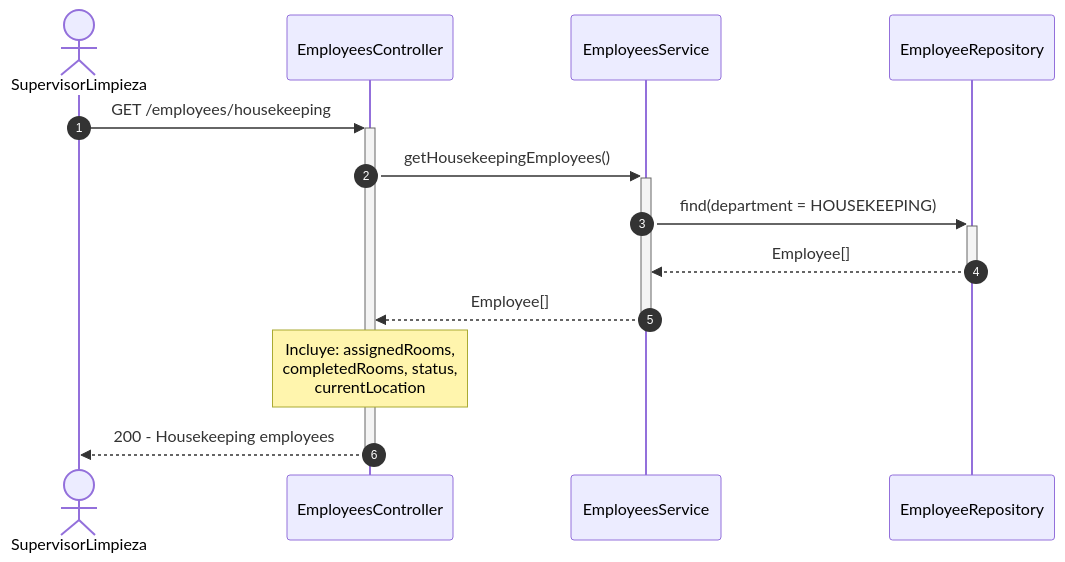
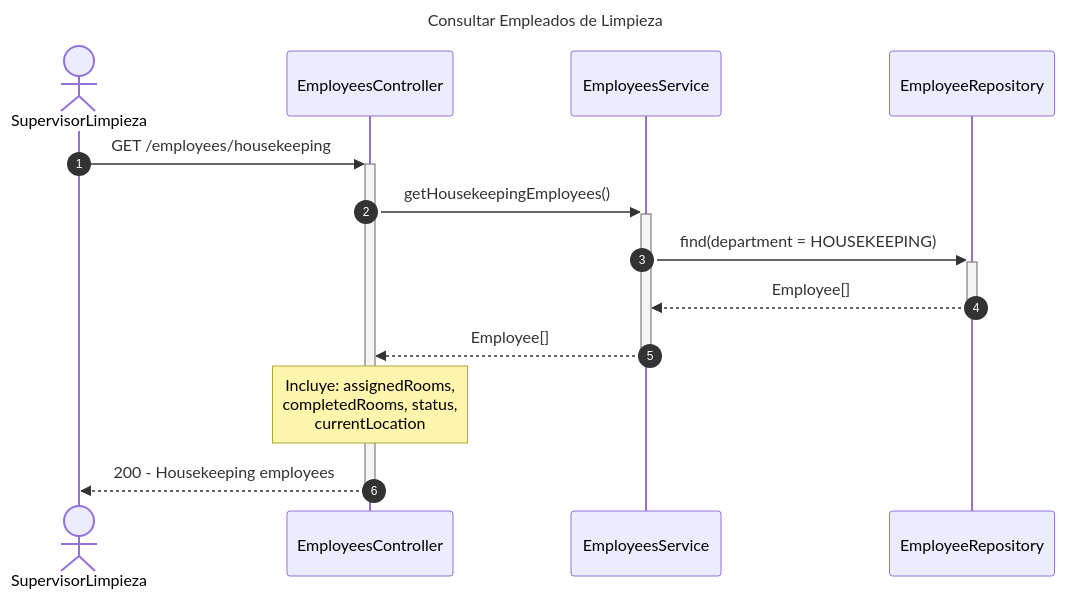
Before and after one commit to Nick220505/hotelier-backend: the fifth of 7 diagrams in diagrams/sequence/employees-sequence-diagram.md, drawn with Mermaid. The commit also changed other lines of this file and 5 other files, not shown here.

Commit message:
Add titles to sequence diagrams for Billing, Employees, Inventory, Reservations, Restaurant, and Users modules

````diff
--- a/diagrams/sequence/employees-sequence-diagram.md
+++ b/diagrams/sequence/employees-sequence-diagram.md
@@ -116,18 +128,21 @@
 ```mermaid
+---
+title: Consultar Empleados de Limpieza
+---
 sequenceDiagram
     autonumber
     actor SupervisorLimpieza
     participant Controller as EmployeesController
     participant Service as EmployeesService
     participant EmployeeRepo as EmployeeRepository
 
     SupervisorLimpieza->>+Controller: GET /employees/housekeeping
     Controller->>+Service: getHousekeepingEmployees()
     
     Service->>+EmployeeRepo: find(department = HOUSEKEEPING)
     EmployeeRepo-->>-Service: Employee[]
     
     Service-->>-Controller: Employee[]
     Note over Controller: Incluye: assignedRooms,<br/>completedRooms, status,<br/>currentLocation
     Controller-->>-SupervisorLimpieza: 200 - Housekeeping employees
 ```
````
